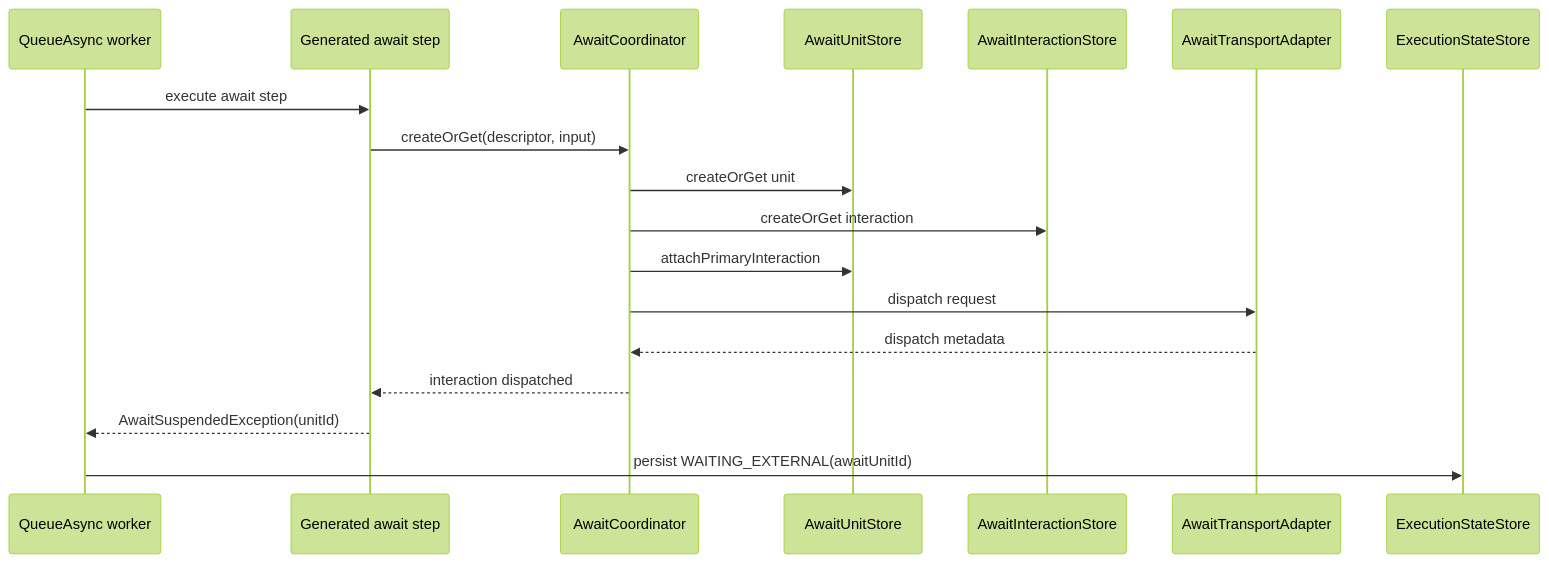
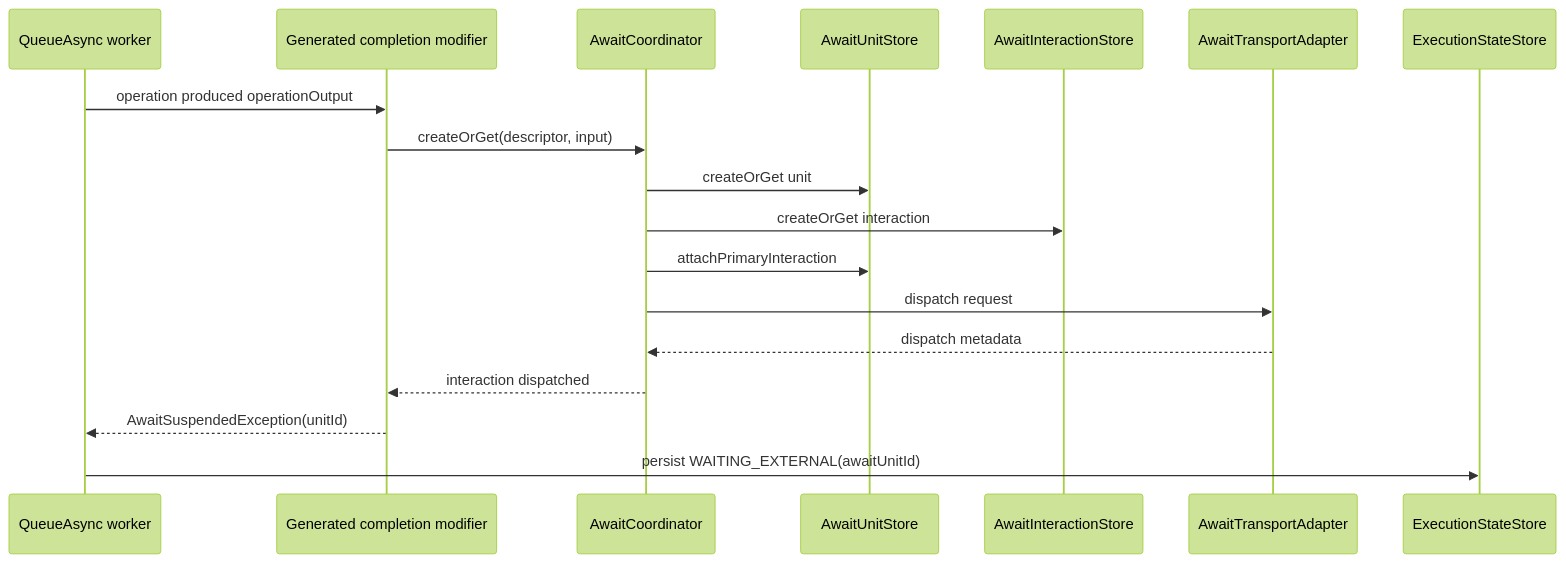
The first of 10 diagrams in docs/evolve/await-unit-runtime/sequences.md (The-Pipeline-Framework/pipelineframework), drawn with Mermaid (forest theme) before and after one commit. The commit also changed other lines of this file and 168 other files, not shown here.

Commit message:
Make Await an orthogonal deferred-completion modifier

````diff
--- a/docs/evolve/await-unit-runtime/sequences.md
+++ b/docs/evolve/await-unit-runtime/sequences.md
@@ -7,21 +7,21 @@
 ```mermaid
 sequenceDiagram
     participant Worker as QueueAsync worker
-    participant Step as Generated await step
+    participant Step as Generated completion modifier
     participant Coord as AwaitCoordinator
     participant UnitStore as AwaitUnitStore
     participant InteractionStore as AwaitInteractionStore
     participant Adapter as AwaitTransportAdapter
     participant ExecStore as ExecutionStateStore
 
-    Worker->>Step: execute await step
+    Worker->>Step: operation produced operationOutput
     Step->>Coord: createOrGet(descriptor, input)
     Coord->>UnitStore: createOrGet unit
     Coord->>InteractionStore: createOrGet interaction
     Coord->>UnitStore: attachPrimaryInteraction
     Coord->>Adapter: dispatch request
     Adapter-->>Coord: dispatch metadata
     Coord-->>Step: interaction dispatched
     Step-->>Worker: AwaitSuspendedException(unitId)
     Worker->>ExecStore: persist WAITING_EXTERNAL(awaitUnitId)
 ```
````
